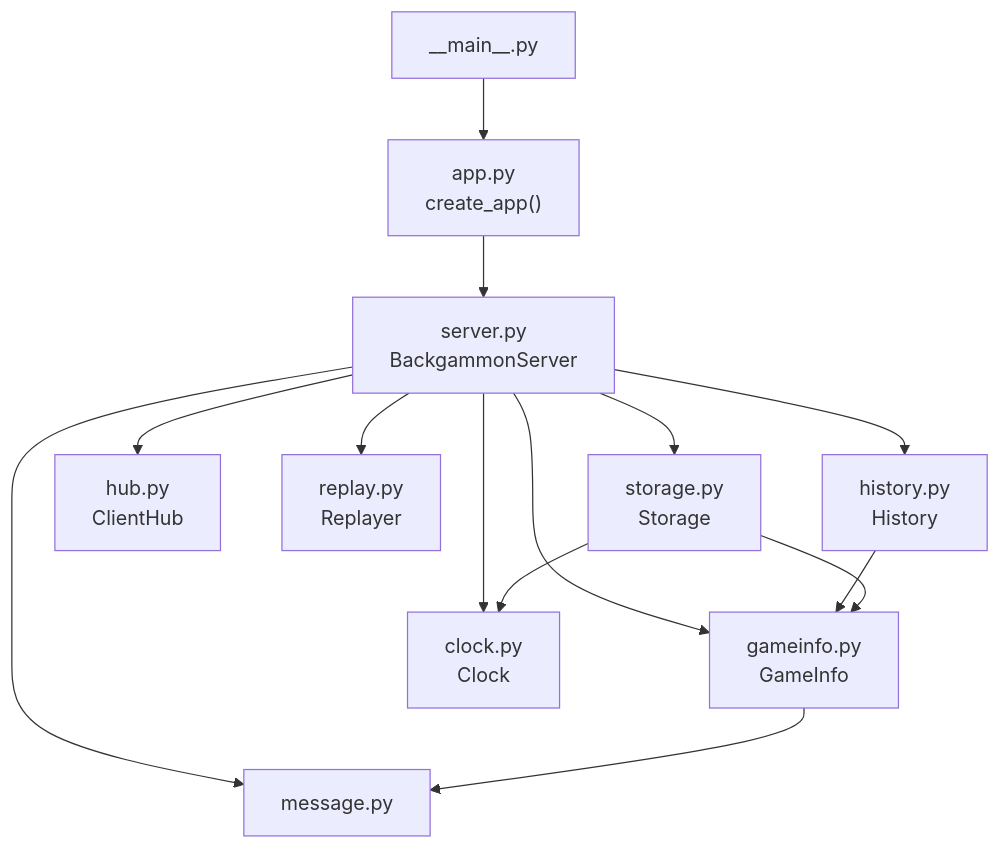
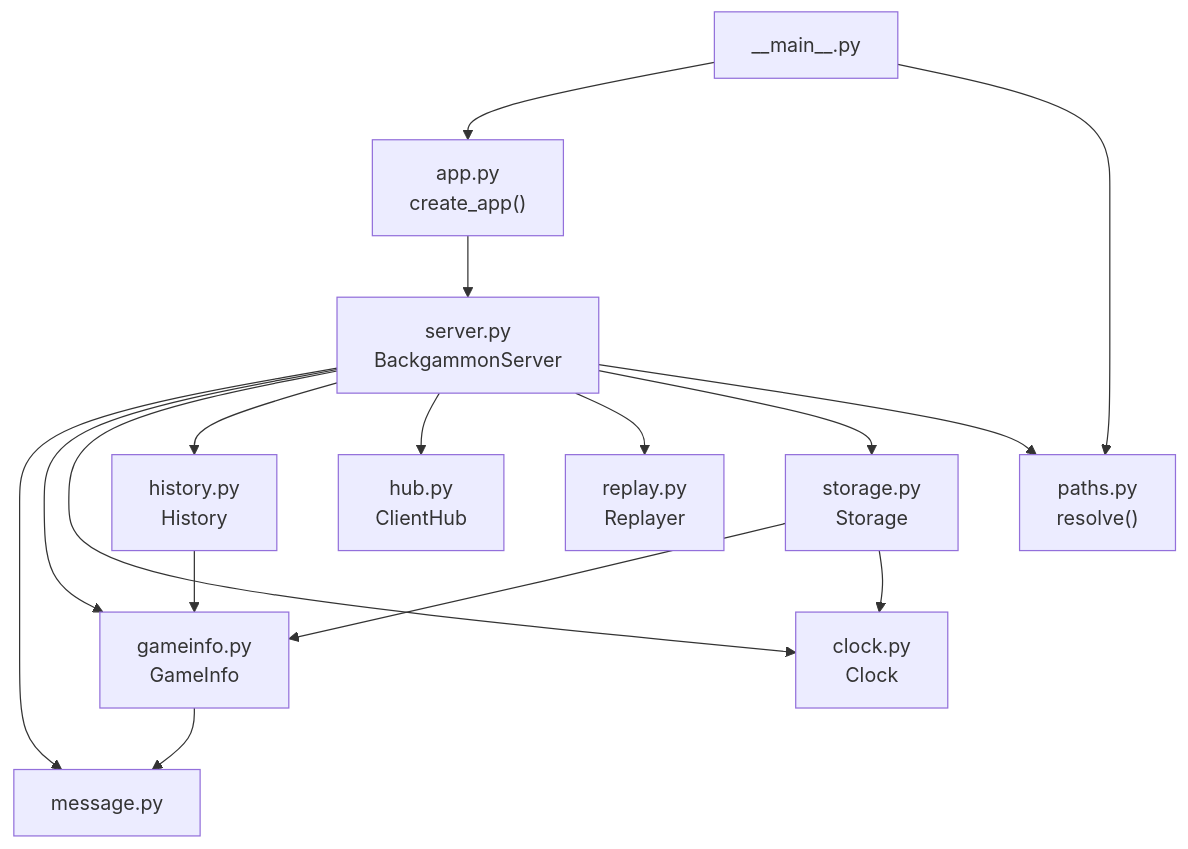
One commit to ytani01/ytBackgammon changed the third of 5 diagrams in docs/Developer.md. Above: the diagram before and after it, drawn with Mermaid. The commit also changed other lines of this file and 25 other files, not shown here.

````diff
--- a/docs/Developer.md
+++ b/docs/Developer.md
@@ -72,16 +73,18 @@
 ```mermaid
 graph TD
     main["__main__.py"] --> app["app.py<br/>create_app()"]
     app --> server["server.py<br/>BackgammonServer"]
     server --> message["message.py"]
     server --> gameinfo["gameinfo.py<br/>GameInfo"]
     server --> clock["clock.py<br/>Clock"]
     server --> history["history.py<br/>History"]
     server --> hub["hub.py<br/>ClientHub"]
     server --> replay["replay.py<br/>Replayer"]
     server --> storage["storage.py<br/>Storage"]
+    server --> paths["paths.py<br/>resolve()"]
+    main --> paths
     gameinfo --> message
     history --> gameinfo
     storage --> gameinfo
     storage --> clock
 ```
````
